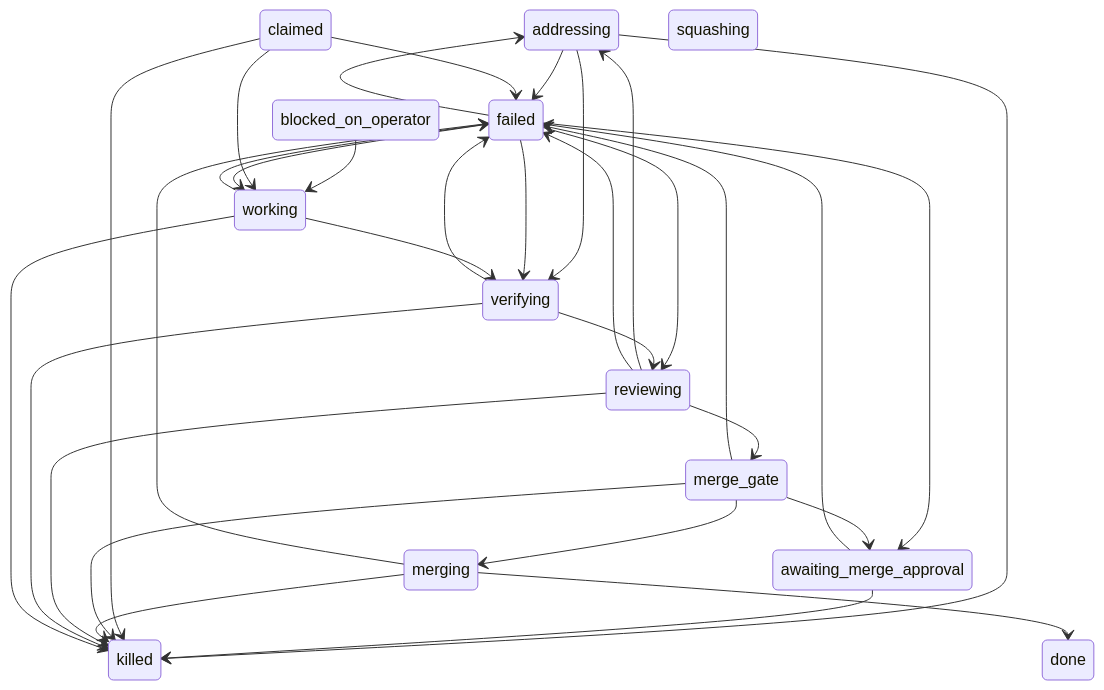
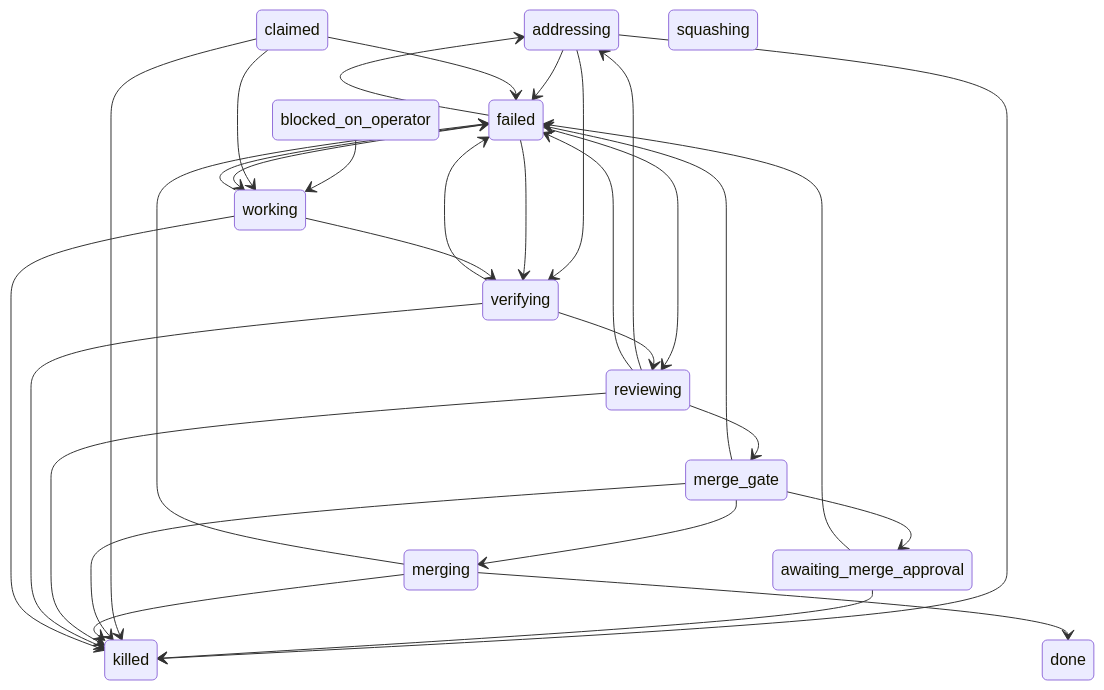
Before and after one commit to wevial/holophyte: the second of 2 diagrams in docs/loop.md, drawn with Mermaid. The commit also changed other lines of this file and 9 other files, not shown here.

````diff
--- a/docs/loop.md
+++ b/docs/loop.md
@@ -98,47 +100,46 @@
 ```mermaid
 stateDiagram-v2
     addressing
     awaiting_merge_approval
     blocked_on_operator
     claimed
     done
     failed
     killed
     merge_gate
     merging
     reviewing
     squashing
     verifying
     working
     addressing --> failed
     addressing --> killed
     addressing --> verifying
     awaiting_merge_approval --> failed
     awaiting_merge_approval --> killed
     blocked_on_operator --> working
     claimed --> failed
     claimed --> killed
     claimed --> working
     failed --> addressing
-    failed --> awaiting_merge_approval
     failed --> reviewing
     failed --> verifying
     failed --> working
     merge_gate --> awaiting_merge_approval
     merge_gate --> failed
     merge_gate --> killed
     merge_gate --> merging
     merging --> done
     merging --> failed
     merging --> killed
     reviewing --> addressing
     reviewing --> failed
     reviewing --> killed
     reviewing --> merge_gate
     verifying --> failed
     verifying --> killed
     verifying --> reviewing
     working --> failed
     working --> killed
     working --> verifying
 ```
````
